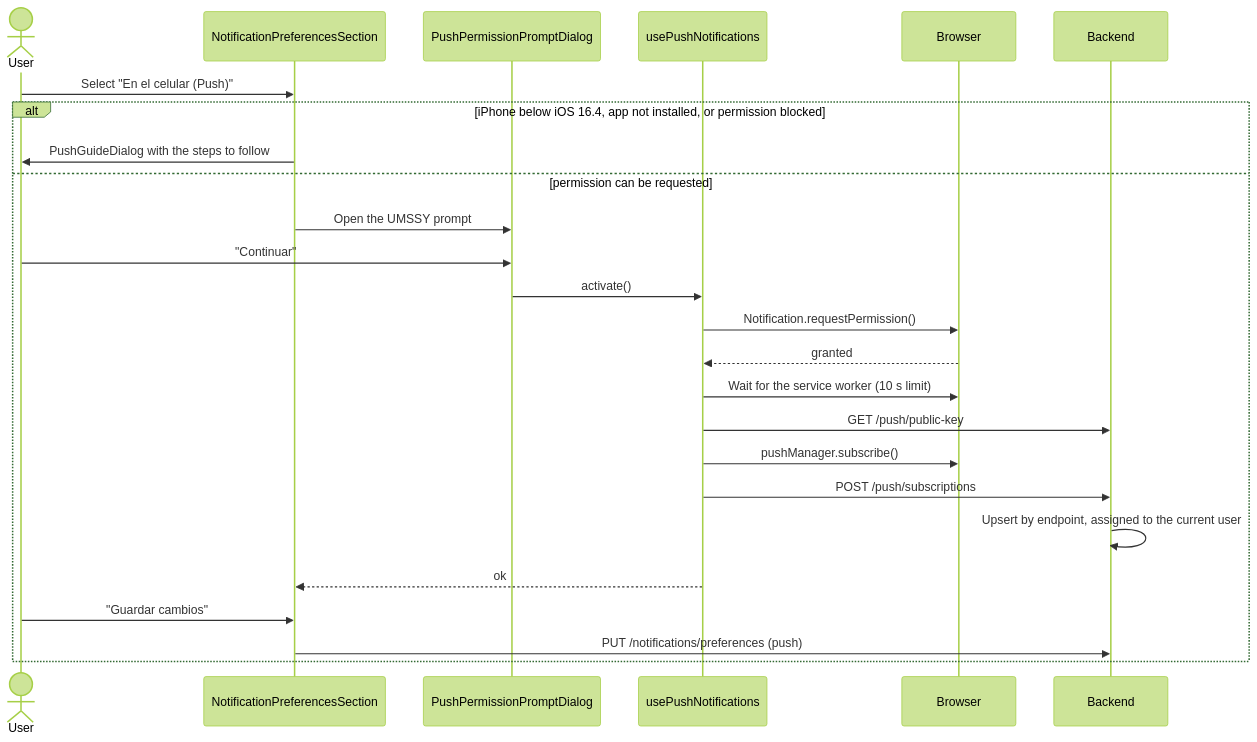
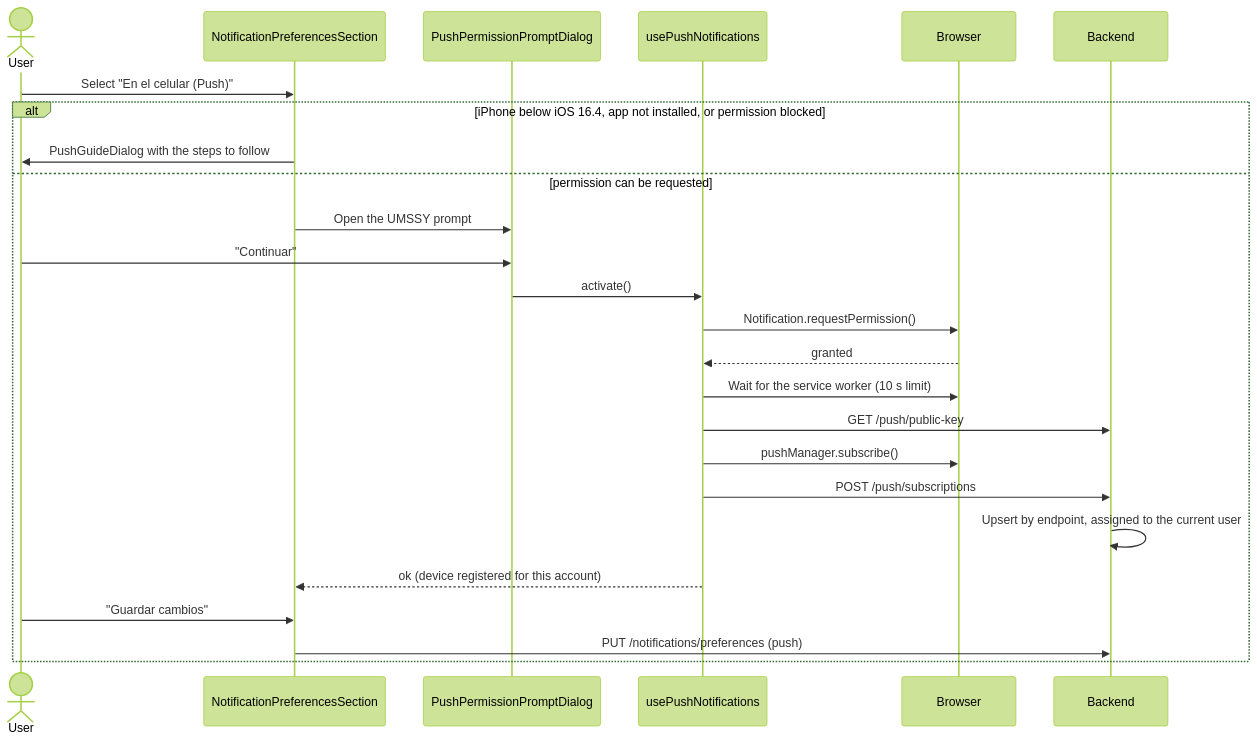
The second of 2 diagrams in docs/profile/README.md (UMSSY/umssy-app), drawn with Mermaid (forest theme) before and after one commit. The commit also changed other lines of this file and 3 other files, not shown here.

````diff
--- a/docs/profile/README.md
+++ b/docs/profile/README.md
@@ -39,27 +39,27 @@
 ```mermaid
 sequenceDiagram
   actor User
   participant S as NotificationPreferencesSection
   participant D as PushPermissionPromptDialog
   participant H as usePushNotifications
   participant B as Browser
   participant API as Backend
   User->>S: Select "En el celular (Push)"
   alt iPhone below iOS 16.4, app not installed, or permission blocked
     S->>User: PushGuideDialog with the steps to follow
   else permission can be requested
     S->>D: Open the UMSSY prompt
     User->>D: "Continuar"
     D->>H: activate()
     H->>B: Notification.requestPermission()
     B-->>H: granted
     H->>B: Wait for the service worker (10 s limit)
     H->>API: GET /push/public-key
     H->>B: pushManager.subscribe()
     H->>API: POST /push/subscriptions
     API->>API: Upsert by endpoint, assigned to the current user
-    H-->>S: ok
+    H-->>S: ok (device registered for this account)
     User->>S: "Guardar cambios"
     S->>API: PUT /notifications/preferences (push)
   end
 ```
````
